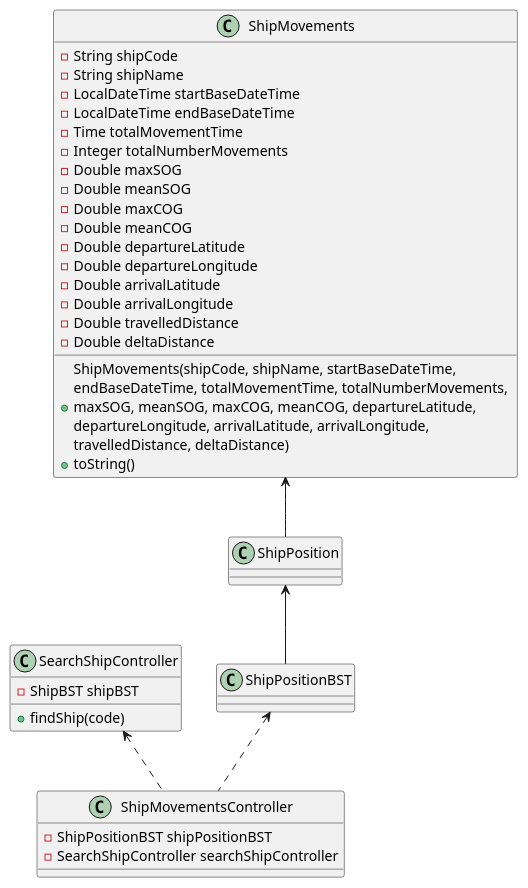
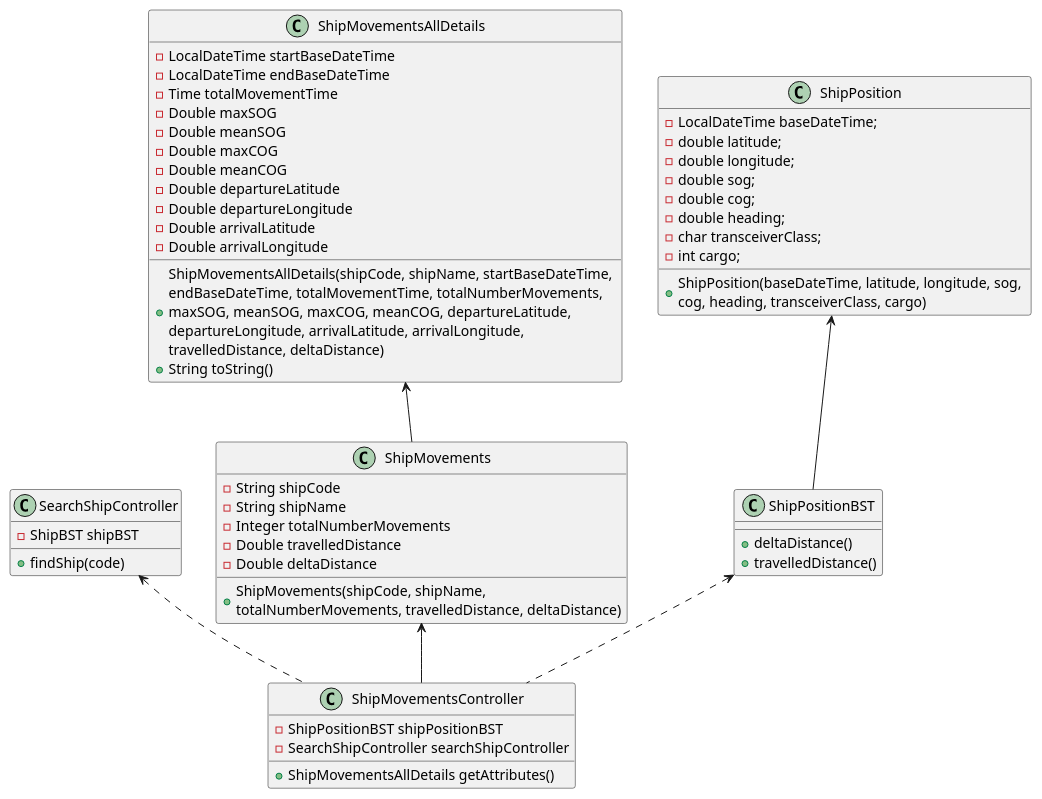
One commit to 1190772/LAB-Project-3 changed the diagram in docs/Sprint 1/US/US104/US104_CD.puml. Above: the diagram before and after it, drawn with PlantUML. The commit also changed 5 other files, not shown here.

```diff
--- a/docs/Sprint 1/US/US104/US104_CD.puml
+++ b/docs/Sprint 1/US/US104/US104_CD.puml
@@ -1,50 +1,71 @@
 @startuml
 'https://plantuml.com/class-diagram
 
 /'class ShipMovementsUI {
 - ShipMovementsController controller
 - ShipMovements details
 }'/
 
 class ShipMovementsController {
 - ShipPositionBST shipPositionBST
 - SearchShipController searchShipController
++ ShipMovementsAllDetails getAttributes()
 }
 
 class SearchShipController {
 - ShipBST shipBST
 + findShip(code)
 }
 
-class ShipMovements {
-- String shipCode
-- String shipName
+class ShipMovementsAllDetails {
 - LocalDateTime startBaseDateTime
 - LocalDateTime endBaseDateTime
 - Time totalMovementTime
-- Integer totalNumberMovements
 - Double maxSOG
 - Double meanSOG
 - Double maxCOG
 - Double meanCOG
 - Double departureLatitude
 - Double departureLongitude
 - Double arrivalLatitude
 - Double arrivalLongitude
++ ShipMovementsAllDetails(shipCode, shipName, startBaseDateTime, \nendBaseDateTime, totalMovementTime, totalNumberMovements, \nmaxSOG, meanSOG, maxCOG, meanCOG, departureLatitude, \ndepartureLongitude, arrivalLatitude, arrivalLongitude, \ntravelledDistance, deltaDistance)
++ String toString()
+}
+
+class ShipMovements {
+- String shipCode
+- String shipName
+- Integer totalNumberMovements
 - Double travelledDistance
 - Double deltaDistance
-+ ShipMovements(shipCode, shipName, startBaseDateTime, \nendBaseDateTime, totalMovementTime, totalNumberMovements, \nmaxSOG, meanSOG, maxCOG, meanCOG, departureLatitude, \ndepartureLongitude, arrivalLatitude, arrivalLongitude, \ntravelledDistance, deltaDistance)
-+ toString()
++ ShipMovements(shipCode, shipName, \ntotalNumberMovements, travelledDistance, deltaDistance)
 }
 
-class ShipPositionBST
 
-class ShipPosition
+
+class ShipPositionBST {
++ deltaDistance()
++ travelledDistance()
+}
+
+class ShipPosition {
+- LocalDateTime baseDateTime;
+- double latitude;
+- double longitude;
+- double sog;
+- double cog;
+- double heading;
+- char transceiverClass;
+- int cargo;
++ ShipPosition(baseDateTime, latitude, longitude, sog, \ncog, heading, transceiverClass, cargo)
+}
 
 'ShipMovementsController <.. ShipMovementsUI
 SearchShipController <.. ShipMovementsController
 ShipPositionBST <.. ShipMovementsController
 ShipPosition <-- ShipPositionBST
-ShipMovements <-- ShipPosition
+ShipMovements <-- ShipMovementsController
 'ShipMovements <.. ShipMovementsUI
+ShipMovementsAllDetails <-- ShipMovements
 @enduml
```
